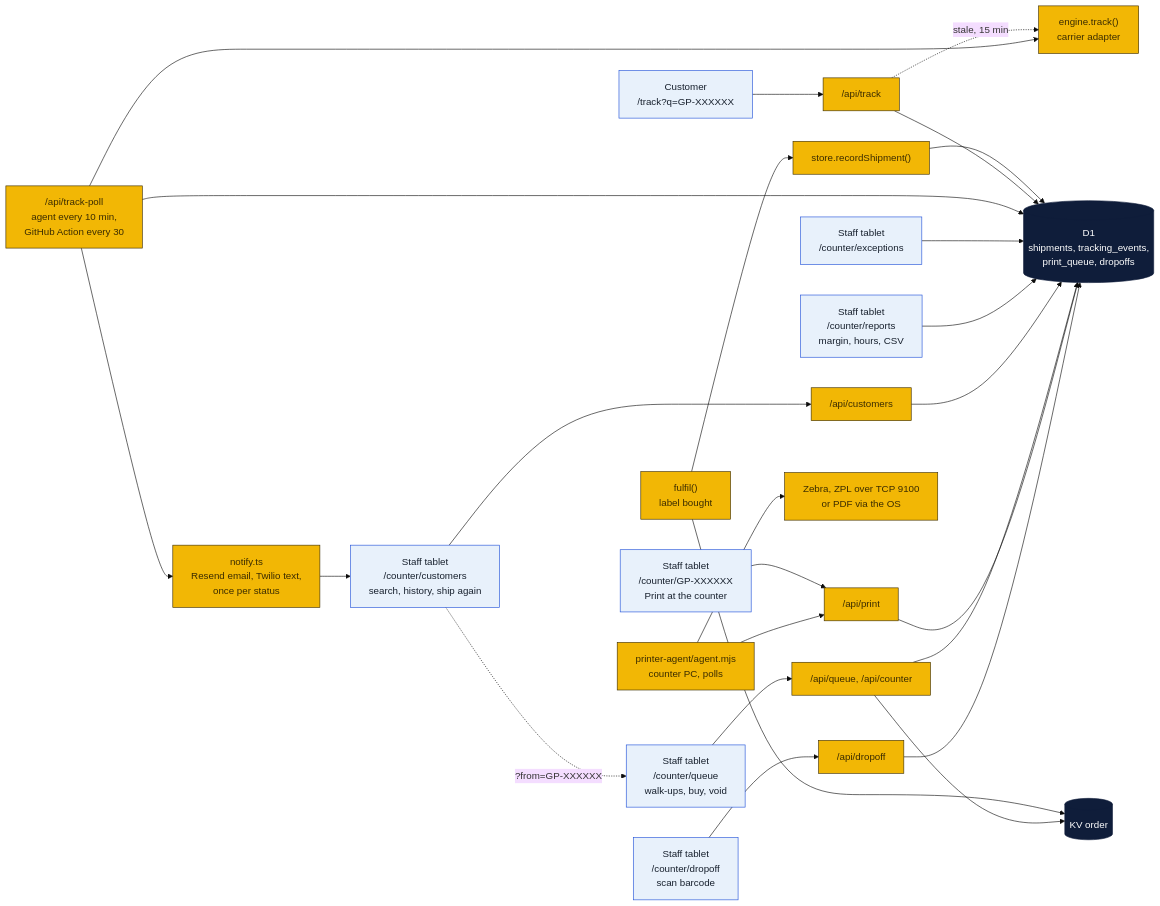
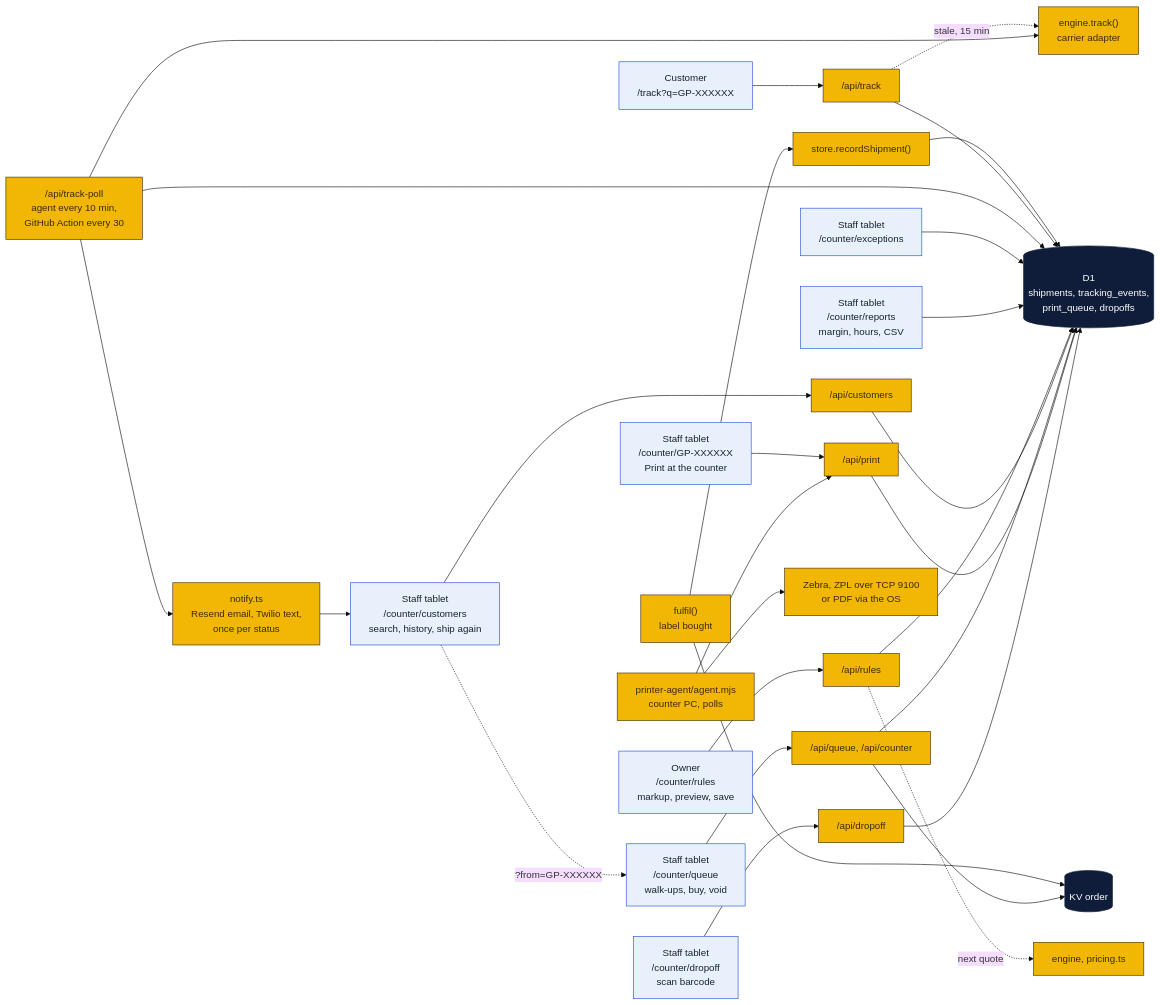
The third of 8 diagrams in shipping-client/README.md (wbp318/goin-postal-forsythe), drawn with Mermaid (base theme) before and after one commit. The commit also changed other lines of this file and 2 other files, not shown here.

````diff
--- a/shipping-client/README.md
+++ b/shipping-client/README.md
@@ -86,24 +87,26 @@
 ```mermaid
 flowchart LR
   F["fulfil()<br/>label bought"]:::local --> KV[("KV order")]:::cloud
   F --> ST["store.recordShipment()"]:::local --> D1[("D1<br/>shipments, tracking_events,<br/>print_queue, dropoffs")]:::cloud
   C["Customer<br/>/track?q=GP-XXXXXX"]:::you --> TA["/api/track"]:::local --> D1
   TA -.->|stale, 15 min| TR["engine.track()<br/>carrier adapter"]:::local
   PL["/api/track-poll<br/>agent every 10 min,<br/>GitHub Action every 30"]:::local --> TR
   PL --> D1
   PL --> NO["notify.ts<br/>Resend email, Twilio text,<br/>once per status"]:::local
   NO --> CU["Customer"]:::you
   EX["Staff tablet<br/>/counter/exceptions"]:::you --> D1
   RP["Staff tablet<br/>/counter/reports<br/>margin, hours, CSV"]:::you --> D1
+  RU["Owner<br/>/counter/rules<br/>markup, preview, save"]:::you --> RA["/api/rules"]:::local --> D1
+  RA -.->|next quote| E2["engine, pricing.ts"]:::local
   CU["Staff tablet<br/>/counter/customers<br/>search, history, ship again"]:::you --> CA["/api/customers"]:::local --> D1
   CU -.->|"?from=GP-XXXXXX"| QU
   QU["Staff tablet<br/>/counter/queue<br/>walk-ups, buy, void"]:::you --> QA["/api/queue, /api/counter"]:::local --> D1
   QA --> KV
   K["Staff tablet<br/>/counter/GP-XXXXXX<br/>Print at the counter"]:::you --> PQ["/api/print"]:::local --> D1
   AG["printer-agent/agent.mjs<br/>counter PC, polls"]:::local --> PQ
   AG --> Z["Zebra, ZPL over TCP 9100<br/>or PDF via the OS"]:::local
   DO["Staff tablet<br/>/counter/dropoff<br/>scan barcode"]:::you --> DA["/api/dropoff"]:::local --> D1
   classDef local fill:#f2b705,stroke:#3b2c00,color:#3b2c00
   classDef cloud fill:#0f1d3a,stroke:#0f1d3a,color:#ffffff
   classDef you fill:#e8f1fb,stroke:#1d4ed8,color:#17202d
 ```
````
